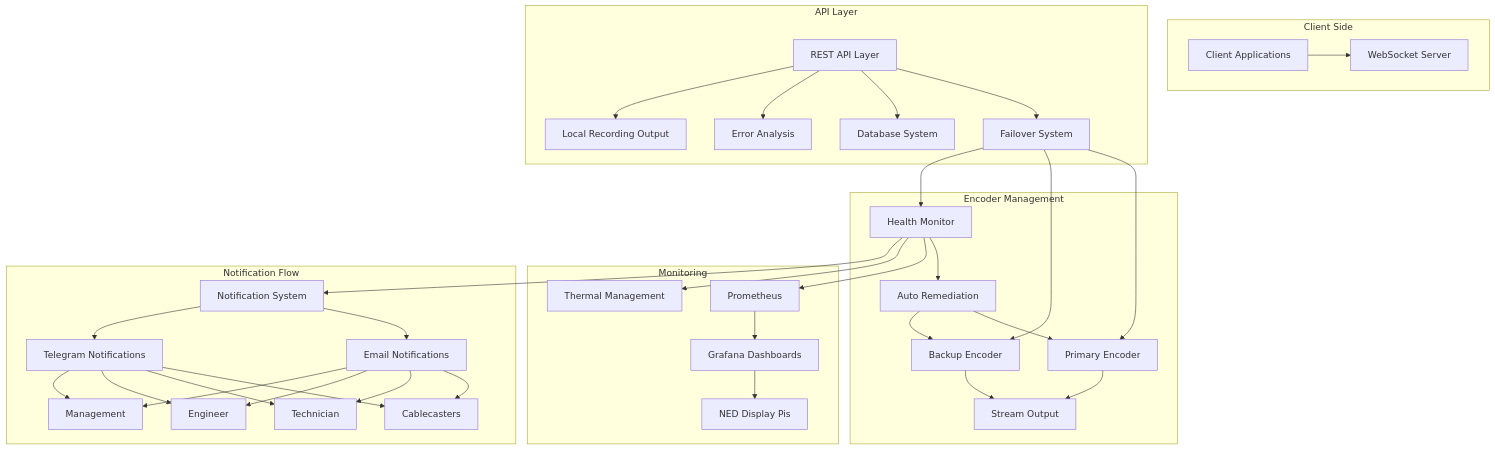
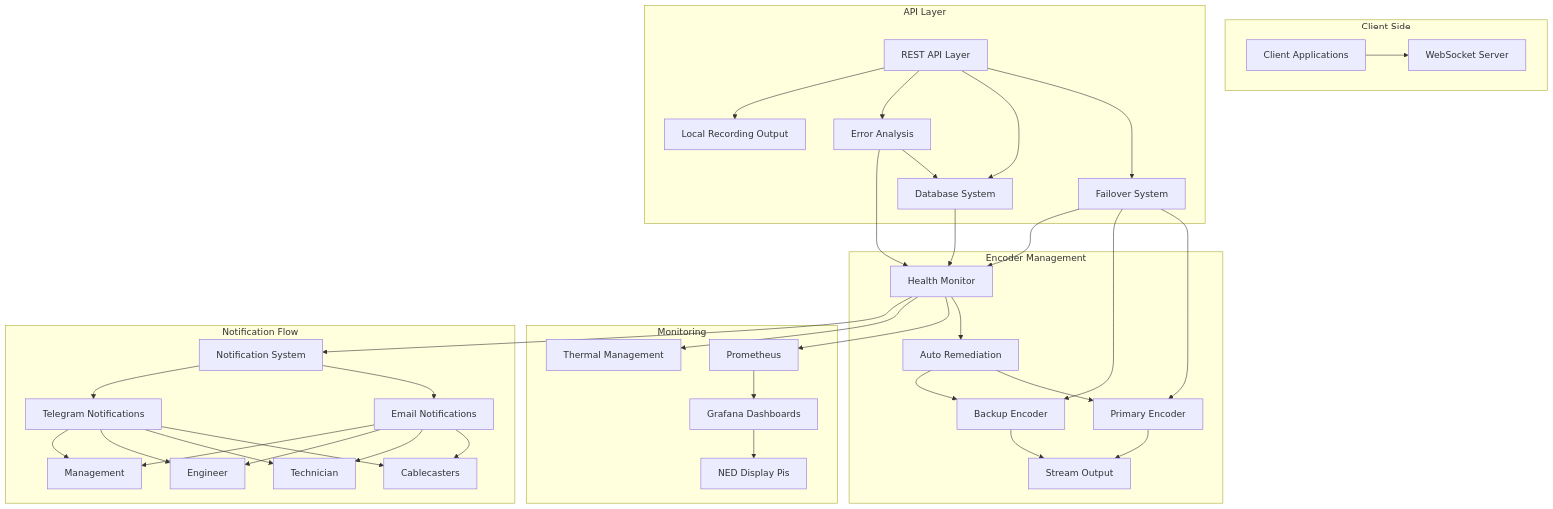
One commit to SCC-Dev-256/WatchTower changed the diagram in README.md. Above: the diagram before and after it, drawn with Mermaid. The commit also changed other lines of this file, not shown here.

Commit message:
Update README.md system diagram and feature tracking
- Added new connections in system diagram for ErrorAnalysis, DatabaseSystem, and Monitor
- Removed "Fan speed monitoring" from feature tracking list
- Simplified README.md feature progress section

````diff
--- a/README.md
+++ b/README.md
@@ -8,45 +8,50 @@
 ```mermaid
 graph TD
     subgraph Client Side
         Client[Client Applications] --> WS[WebSocket Server]
     end
 
     subgraph API Layer
         API[REST API Layer] --> FS[Failover System]
         API --> DatabaseSystem[Database System]
         API --> ErrorAnalysis[Error Analysis]
         API --> Recording[Local Recording Output]
     end
 
     subgraph Encoder Management
         FS --> E1[Primary Encoder]
         FS --> E2[Backup Encoder]
         FS --> Monitor[Health Monitor]
         Monitor --> AutoFix[Auto Remediation]
         AutoFix --> E1
         AutoFix --> E2
         E1 --> Stream[Stream Output]
         E2 --> Stream
     end
 
     subgraph Monitoring
         Monitor --> Prometheus[Prometheus]
         Prometheus --> Grafana[Grafana Dashboards]
         Grafana --> NEDDisplayPis[NED Display Pis]
         Monitor --> ThermalManagement[Thermal Management]
     end
 
     subgraph Notification Flow
         Monitor --> NotificationSystem[Notification System]
         NotificationSystem --> Email[Email Notifications]
         NotificationSystem --> Telegram[Telegram Notifications]
         Email --> Cablecasters[Cablecasters]
         Email --> Technician[Technician]
         Email --> Engineer[Engineer]
         Email --> Management[Management]
         Telegram --> Cablecasters
         Telegram --> Technician
         Telegram --> Engineer
         Telegram --> Management
     end
+
+    %% New connections
+    ErrorAnalysis --> DatabaseSystem
+    ErrorAnalysis --> Monitor
+    DatabaseSystem --> Monitor
 ```
````
